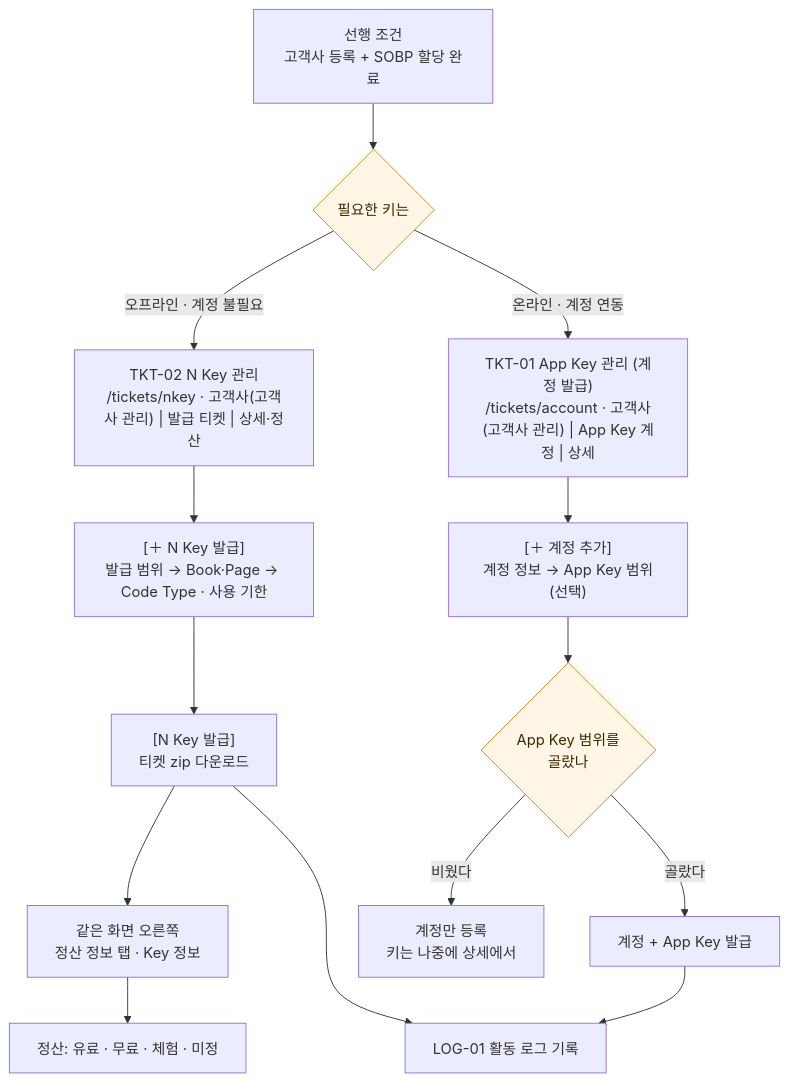
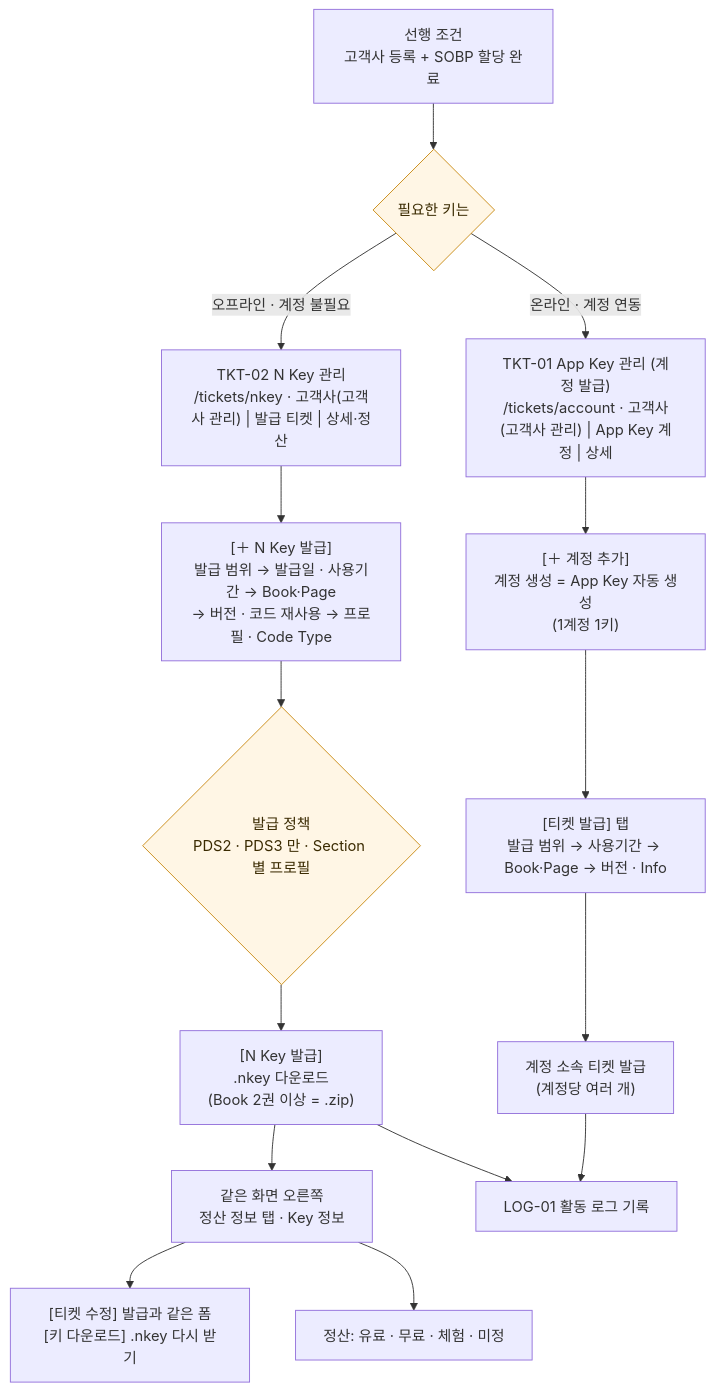
The third of 6 diagrams in docs/NcodeCenter-Flow.md (sjkim-create/NcodeCenter), drawn with Mermaid before and after one commit. The commit also changed other lines of this file and 48 other files, not shown here.

````diff
--- a/docs/NcodeCenter-Flow.md
+++ b/docs/NcodeCenter-Flow.md
@@ -96,22 +96,23 @@
 ```mermaid
 flowchart TD
     P["선행 조건<br/>고객사 등록 + SOBP 할당 완료"] --> Q{"필요한 키는"}
 
     Q -->|"오프라인 · 계정 불필요"| N1["TKT-02 N Key 관리<br/>/tickets/nkey · 고객사(고객사 관리) | 발급 티켓 | 상세·정산"]
-    N1 --> N2["[＋ N Key 발급]<br/>발급 범위 → Book·Page → Code Type · 사용 기한"]
-    N2 --> N3["[N Key 발급]<br/>티켓 zip 다운로드"]
+    N1 --> N2["[＋ N Key 발급]<br/>발급 범위 → 발급일 · 사용기간 → Book·Page<br/>→ 버전 · 코드 재사용 → 프로필 · Code Type"]
+    N2 --> NP{"발급 정책<br/>PDS2 · PDS3 만 · Section 별 프로필"}
+    NP --> N3["[N Key 발급]<br/>.nkey 다운로드<br/>(Book 2권 이상 = .zip)"]
     N3 --> N4["같은 화면 오른쪽<br/>정산 정보 탭 · Key 정보"]
+    N4 --> N5["[티켓 수정] 발급과 같은 폼<br/>[키 다운로드] .nkey 다시 받기"]
 
     Q -->|"온라인 · 계정 연동"| A1["TKT-01 App Key 관리 (계정 발급)<br/>/tickets/account · 고객사(고객사 관리) | App Key 계정 | 상세"]
-    A1 --> A2["[＋ 계정 추가]<br/>계정 정보 → App Key 범위(선택)"]
-    A2 --> A3{"App Key 범위를<br/>골랐나"}
-    A3 -- 골랐다 --> A4["계정 + App Key 발급"]
-    A3 -- 비웠다 --> A5["계정만 등록<br/>키는 나중에 상세에서"]
+    A1 --> A2["[＋ 계정 추가]<br/>계정 생성 = App Key 자동 생성<br/>(1계정 1키)"]
+    A2 --> A3["[티켓 발급] 탭<br/>발급 범위 → 사용기간 → Book·Page → 버전 · Info"]
+    A3 --> A4["계정 소속 티켓 발급<br/>(계정당 여러 개)"]
 
     N3 --> L["LOG-01 활동 로그 기록"]
     A4 --> L
     N4 --> B2["정산: 유료 · 무료 · 체험 · 미정"]
 
     classDef gate fill:#fff6e5,stroke:#c98a12,color:#3a2a00;
-    class Q,A3 gate;
+    class Q,NP gate;
 ```
````
